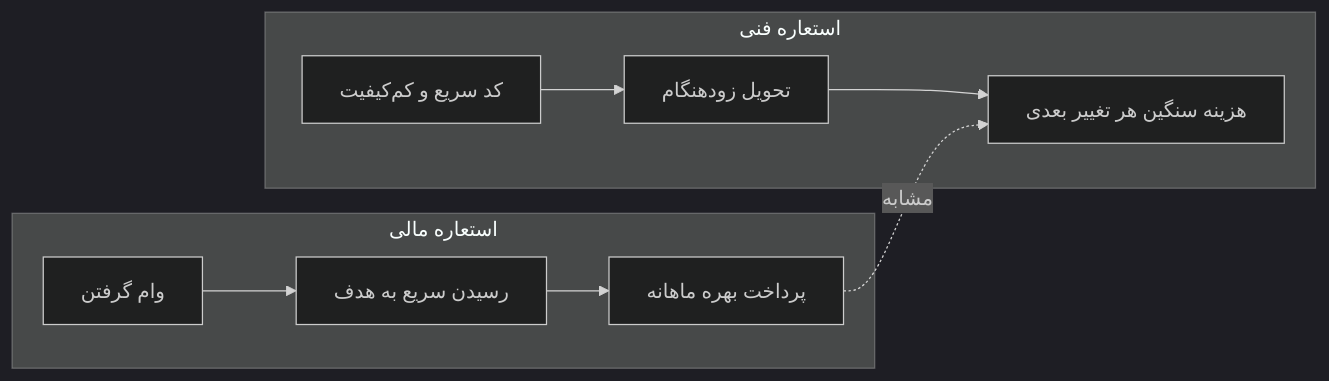
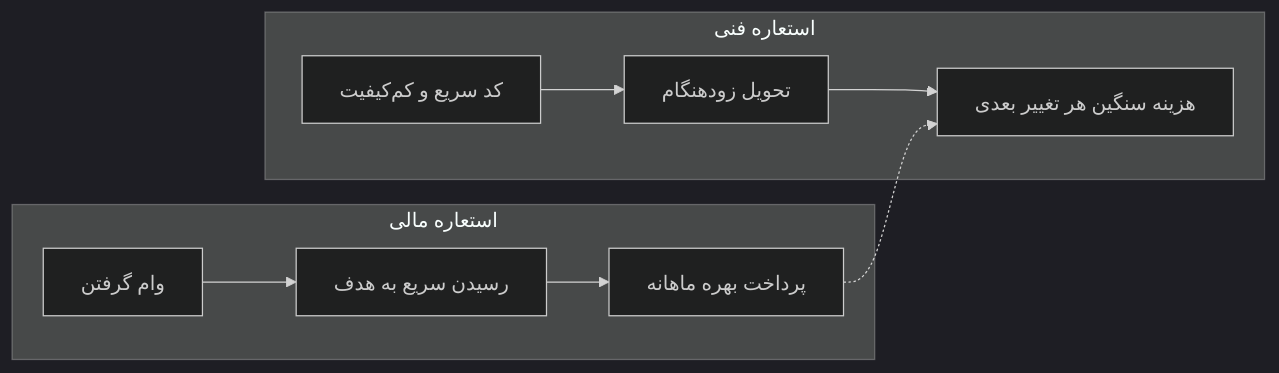
One commit to manp/software-engineering-course changed the first of 2 diagrams in sessions/0-intro/01-technical-debt.md. Above: the diagram before and after it, drawn with Mermaid (dark theme). The commit also changed other lines of this file and 3 other files, not shown here.

Commit message:
رفع خطای رندر Mermaid: جایگزینی quadrantChart با SVG چهارگانه بدهی فنی + ایمن‌سازی نمودارهای دیگر

````diff
--- a/sessions/0-intro/01-technical-debt.md
+++ b/sessions/0-intro/01-technical-debt.md
@@ -17,12 +17,12 @@
 ```mermaid
 graph LR
     subgraph استعاره مالی
         A[وام گرفتن] --> B[رسیدن سریع به هدف]
         B --> C[پرداخت بهره ماهانه]
     end
     subgraph استعاره فنی
         D[کد سریع و کم‌کیفیت] --> E[تحویل زودهنگام]
         E --> F[هزینه سنگین هر تغییر بعدی]
     end
-    C -.مشابه.-> F
+    C -.-> F
 ```
````
